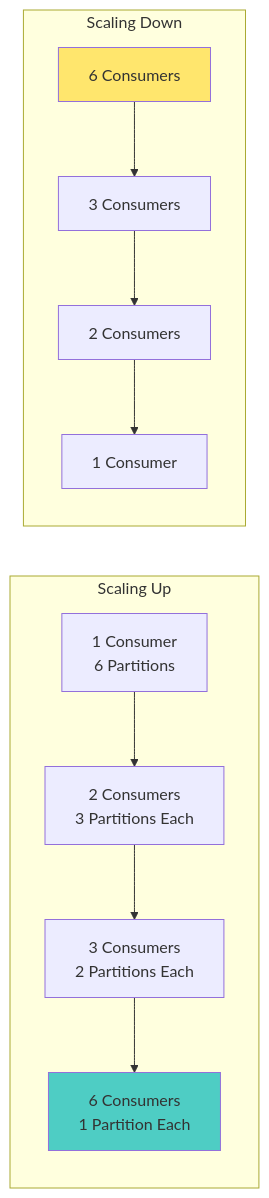
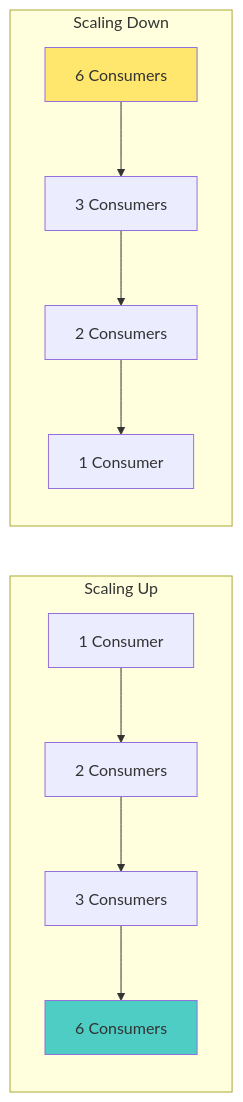
One commit to vorrawut/KafkaStarter changed the sixth of 7 diagrams in class/workshop/lesson_7/README.md. Above: the diagram before and after it, drawn with Mermaid. The commit also changed 140 other files, not shown here.

````diff
--- a/class/workshop/lesson_7/README.md
+++ b/class/workshop/lesson_7/README.md
@@ -212,17 +212,17 @@
 ```mermaid
 graph LR
     subgraph "Scaling Up"
-        S1[1 Consumer<br/>6 Partitions] --> S2[2 Consumers<br/>3 Partitions Each]
-        S2 --> S3[3 Consumers<br/>2 Partitions Each]
-        S3 --> S4[6 Consumers<br/>1 Partition Each]
+        S1[1 Consumer<br/&gt;6 Partitions] --> S2[2 Consumers<br/&gt;3 Partitions Each]
+        S2 --> S3[3 Consumers<br/&gt;2 Partitions Each]
+        S3 --> S4[6 Consumers<br/&gt;1 Partition Each]
     end
     
     subgraph "Scaling Down"
         D1[6 Consumers] --> D2[3 Consumers]
         D2 --> D3[2 Consumers]
         D3 --> D4[1 Consumer]
     end
     
     style S4 fill:#4ecdc4
     style D1 fill:#ffe66d
 ```
````
